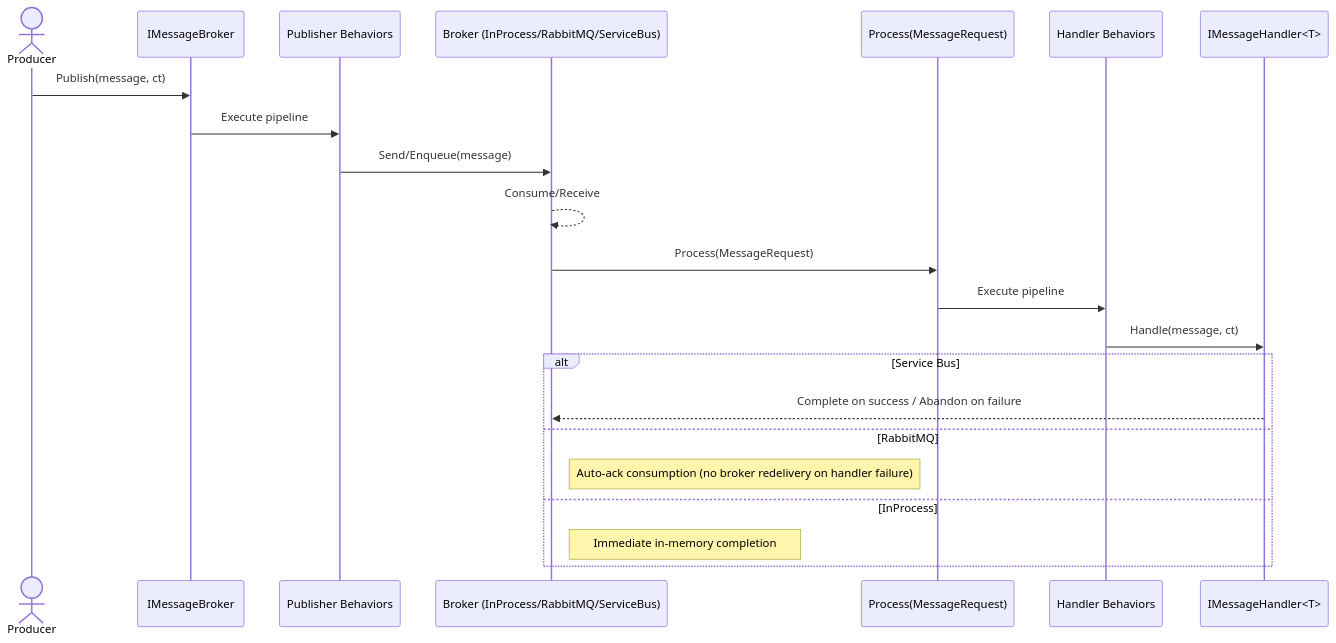
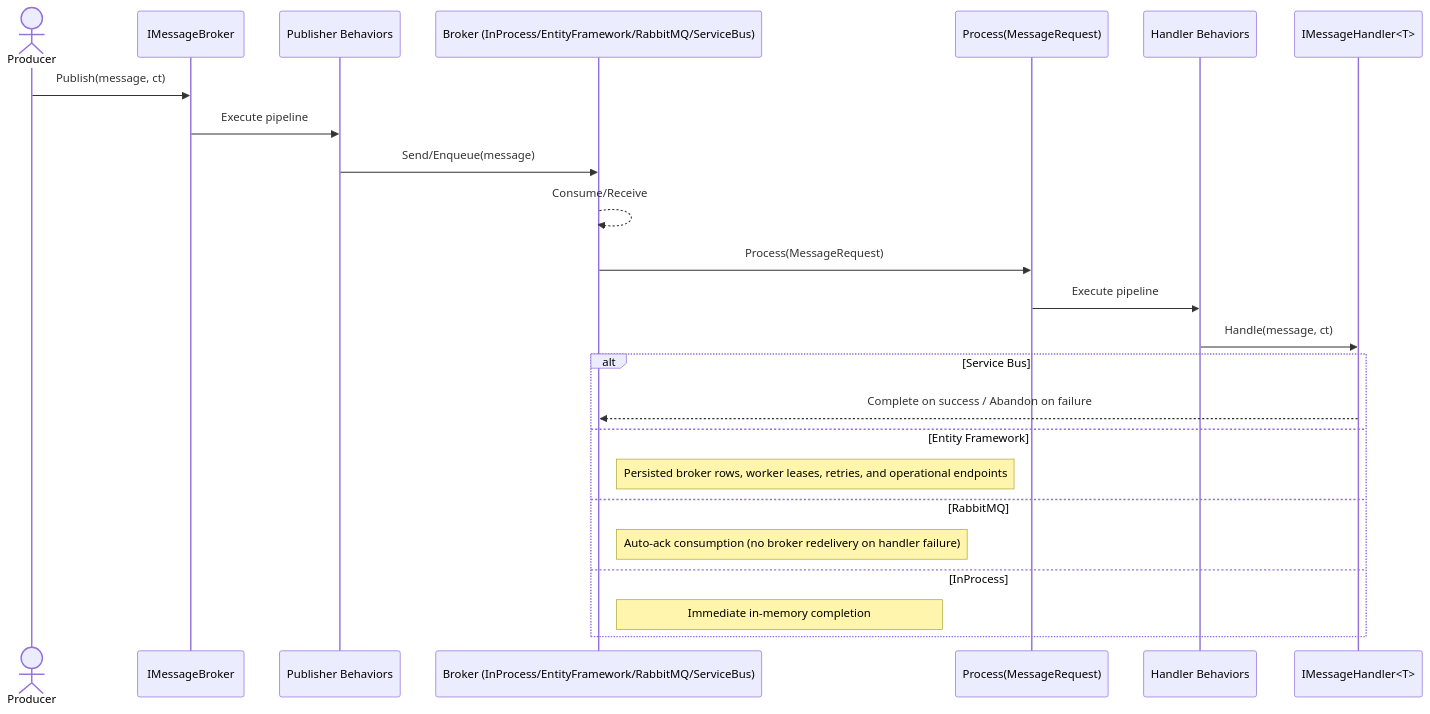
Before and after one commit to BridgingIT-GmbH/bITdevKit: the first of 5 diagrams in docs/features-messaging.md, drawn with Mermaid. The commit also changed other lines of this file and 133 other files, not shown here.

Commit message:
feat(messaging): Add BrokerMessage and EntityFrameworkMessageBroker classes for durable messaging support with entity framework

````diff
--- a/docs/features-messaging.md
+++ b/docs/features-messaging.md
@@ -32,25 +35,27 @@
 ```mermaid
 sequenceDiagram
     actor Producer
     participant Broker as IMessageBroker
     participant PubBeh as Publisher Behaviors
-    participant Transport as Broker (InProcess/RabbitMQ/ServiceBus)
+    participant Transport as Broker (InProcess/EntityFramework/RabbitMQ/ServiceBus)
     participant Proc as Process(MessageRequest)
     participant HandBeh as Handler Behaviors
     participant Handler as IMessageHandler<T>
 
     Producer->>Broker: Publish(message, ct)
     Broker->>PubBeh: Execute pipeline
     PubBeh->>Transport: Send/Enqueue(message)
     Transport-->>Transport: Consume/Receive
     Transport->>Proc: Process(MessageRequest)
     Proc->>HandBeh: Execute pipeline
     HandBeh->>Handler: Handle(message, ct)
     alt Service Bus
       Handler-->>Transport: Complete on success / Abandon on failure
+    else Entity Framework
+      note right of Transport: Persisted broker rows, worker leases, retries, and operational endpoints
     else RabbitMQ
       note right of Transport: Auto-ack consumption (no broker redelivery on handler failure)
     else InProcess
       note right of Transport: Immediate in-memory completion
     end
 ```
````
